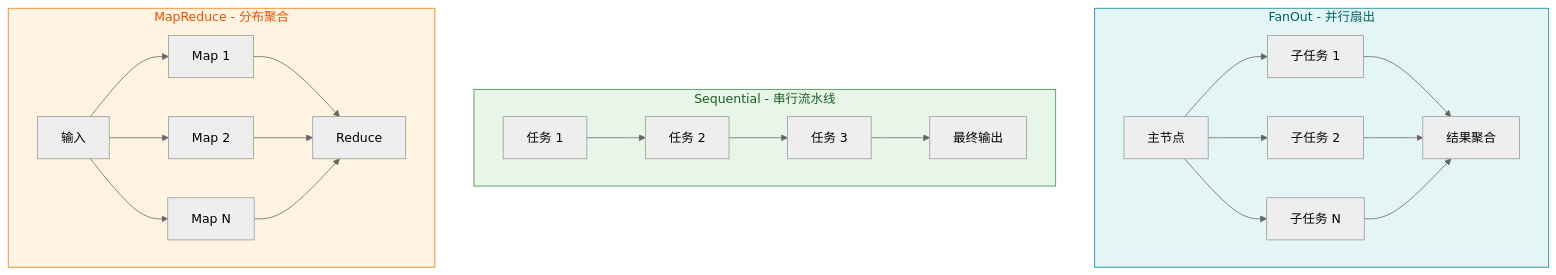
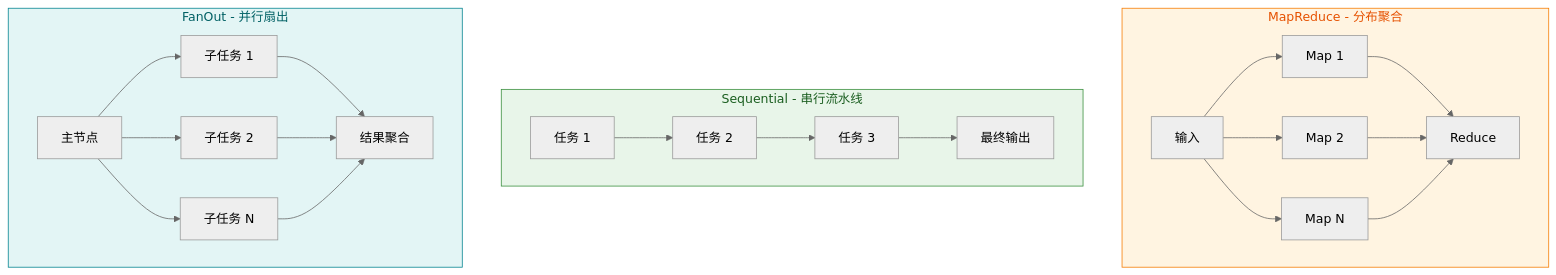
Before and after one commit to FreezeSoul/freezesoul.github.com: the second of 8 diagrams in _posts/2026-03-03-agent-design-01-architecture.md, drawn with Mermaid (neutral theme). The commit also changed other lines of this file and 2 other files, not shown here.

````diff
--- a/_posts/2026-03-03-agent-design-01-architecture.md
+++ b/_posts/2026-03-03-agent-design-01-architecture.md
@@ -90,30 +123,30 @@
 ```mermaid
 graph TD
-    subgraph FanOut["FanOut - 并行扇出"]
-        FO1["主节点"] --> FO2["子任务 1"]
-        FO1 --> FO3["子任务 2"]
-        FO1 --> FO4["子任务 N"]
-        FO2 --> R1["结果聚合"]
-        FO3 --> R1
-        FO4 --> R1
-    end
-
-    subgraph Sequential["Sequential - 串行流水线"]
-        S1["任务 1"] --> S2["任务 2"]
-        S2 --> S3["任务 3"]
-        S3 --> S4["最终输出"]
-    end
 
     subgraph MapReduce["MapReduce - 分布聚合"]
         M1["输入"] --> M2["Map 1"]
         M1 --> M3["Map 2"]
         M1 --> M4["Map N"]
         M2 --> Red["Reduce"]
         M3 --> Red
         M4 --> Red
     end
 
+    subgraph Sequential["Sequential - 串行流水线"]
+        S1["任务 1"] --> S2["任务 2"]
+        S2 --> S3["任务 3"]
+        S3 --> S4["最终输出"]
+    end
+
+    subgraph FanOut["FanOut - 并行扇出"]
+        FO1["主节点"] --> FO2["子任务 1"]
+        FO1 --> FO3["子任务 2"]
+        FO1 --> FO4["子任务 N"]
+        FO2 --> R1["结果聚合"]
+        FO3 --> R1
+        FO4 --> R1
+    end
     style FanOut fill:#e3f5f5,stroke:#00838f,color:#006064
     style Sequential fill:#e8f5e9,stroke:#388e3c,color:#1b5e20
     style MapReduce fill:#fff4e1,stroke:#f57c00,color:#e65100
 ```
````
